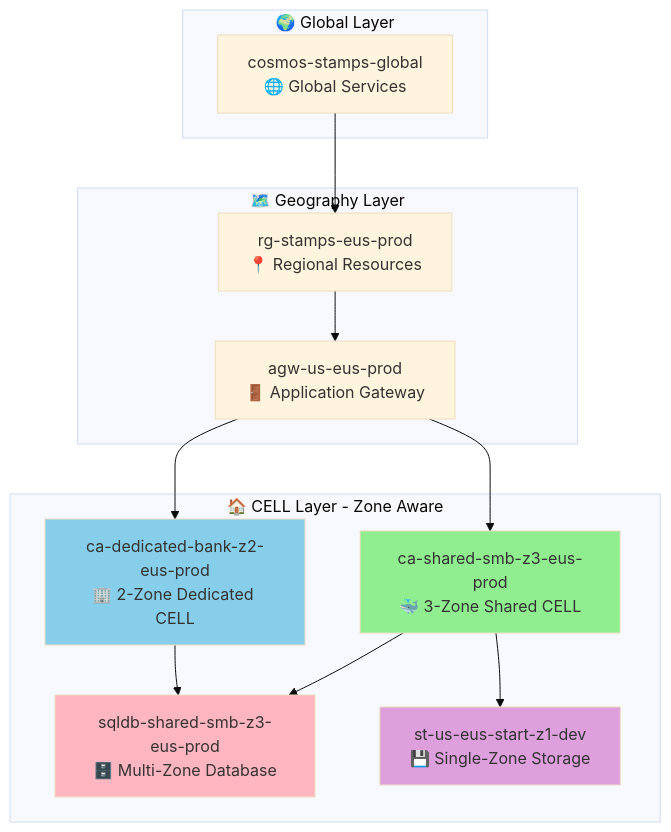
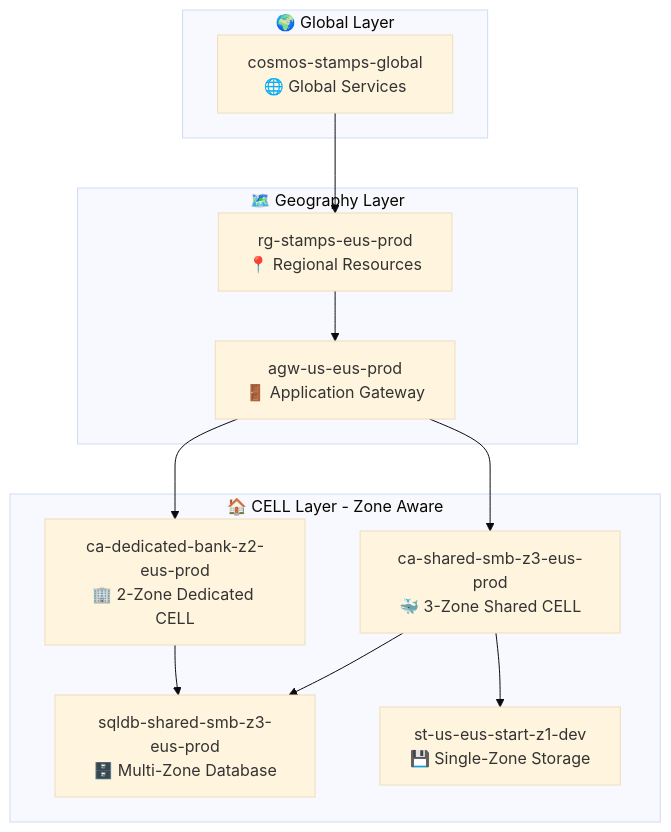
The first of 2 diagrams in docs/NAMING_CONVENTIONS_GUIDE.md (srnichols/StampsPattern), drawn with Mermaid (base theme) before and after one commit. The commit also changed other lines of this file and 10 other files, not shown here.

Commit message:
docs: add Mermaid theme sample with per-diagram init (neutral/dark)

````diff
--- a/docs/NAMING_CONVENTIONS_GUIDE.md
+++ b/docs/NAMING_CONVENTIONS_GUIDE.md
@@ -59,31 +59,27 @@
 ```mermaid
 graph TD
 	subgraph "🌍 Global Layer"
 		A[cosmos-stamps-global<br/>🌐 Global Services]
 	end
     
 	subgraph "🗺️ Geography Layer"
 		B[rg-stamps-eus-prod<br/>📍 Regional Resources]
 		C[agw-us-eus-prod<br/>🚪 Application Gateway]
 	end
     
 	subgraph "🏠 CELL Layer - Zone Aware"
 		D[ca-shared-smb-z3-eus-prod<br/>🐳 3-Zone Shared CELL]
 		E[ca-dedicated-bank-z2-eus-prod<br/>🏢 2-Zone Dedicated CELL]
 		F[sqldb-shared-smb-z3-eus-prod<br/>🗄️ Multi-Zone Database]
 		G[st-us-eus-start-z1-dev<br/>💾 Single-Zone Storage]
 	end
     
 	A --> B
 	B --> C
 	C --> D
 	C --> E
 	D --> F
 	E --> F
 	D --> G
-    
-	style D fill:#90EE90
-	style E fill:#87CEEB
-	style F fill:#FFB6C1
-	style G fill:#DDA0DD
+
 ```
````
